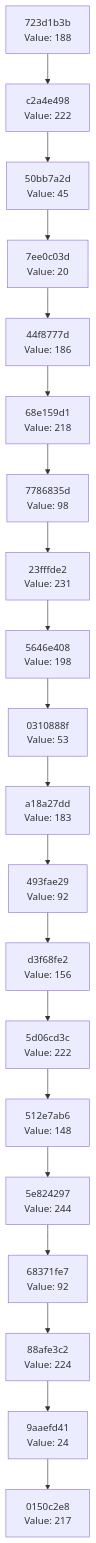
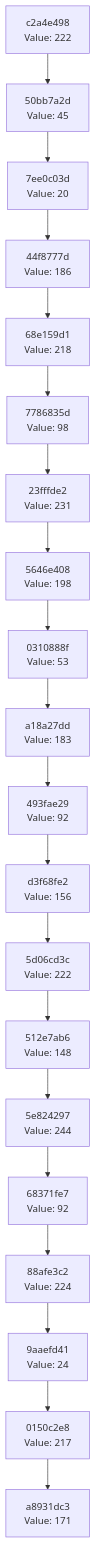
One commit to Abhisheksinha1506/hash-chain-evolver changed the diagram in docs/CHAIN_VISUALIZATION.md. Above: the diagram before and after it, drawn with Mermaid. The commit also changed 2 other files, not shown here.

Commit message:
Evolution Step

````diff
--- a/docs/CHAIN_VISUALIZATION.md
+++ b/docs/CHAIN_VISUALIZATION.md
@@ -3,42 +3,42 @@
 ```mermaid
 graph TD
-    C0["0150c2e8<br/>Value: 217"]
-    C1["9aaefd41<br/>Value: 24"]
+    C0["a8931dc3<br/>Value: 171"]
+    C1["0150c2e8<br/>Value: 217"]
     C1 --> C0
-    C2["88afe3c2<br/>Value: 224"]
+    C2["9aaefd41<br/>Value: 24"]
     C2 --> C1
-    C3["68371fe7<br/>Value: 92"]
+    C3["88afe3c2<br/>Value: 224"]
     C3 --> C2
-    C4["5e824297<br/>Value: 244"]
+    C4["68371fe7<br/>Value: 92"]
     C4 --> C3
-    C5["512e7ab6<br/>Value: 148"]
+    C5["5e824297<br/>Value: 244"]
     C5 --> C4
-    C6["5d06cd3c<br/>Value: 222"]
+    C6["512e7ab6<br/>Value: 148"]
     C6 --> C5
-    C7["d3f68fe2<br/>Value: 156"]
+    C7["5d06cd3c<br/>Value: 222"]
     C7 --> C6
-    C8["493fae29<br/>Value: 92"]
+    C8["d3f68fe2<br/>Value: 156"]
     C8 --> C7
-    C9["a18a27dd<br/>Value: 183"]
+    C9["493fae29<br/>Value: 92"]
     C9 --> C8
-    C10["0310888f<br/>Value: 53"]
+    C10["a18a27dd<br/>Value: 183"]
     C10 --> C9
-    C11["5646e408<br/>Value: 198"]
+    C11["0310888f<br/>Value: 53"]
     C11 --> C10
-    C12["23fffde2<br/>Value: 231"]
+    C12["5646e408<br/>Value: 198"]
     C12 --> C11
-    C13["7786835d<br/>Value: 98"]
+    C13["23fffde2<br/>Value: 231"]
     C13 --> C12
-    C14["68e159d1<br/>Value: 218"]
+    C14["7786835d<br/>Value: 98"]
     C14 --> C13
-    C15["44f8777d<br/>Value: 186"]
+    C15["68e159d1<br/>Value: 218"]
     C15 --> C14
-    C16["7ee0c03d<br/>Value: 20"]
+    C16["44f8777d<br/>Value: 186"]
     C16 --> C15
-    C17["50bb7a2d<br/>Value: 45"]
+    C17["7ee0c03d<br/>Value: 20"]
     C17 --> C16
-    C18["c2a4e498<br/>Value: 222"]
+    C18["50bb7a2d<br/>Value: 45"]
     C18 --> C17
-    C19["723d1b3b<br/>Value: 188"]
+    C19["c2a4e498<br/>Value: 222"]
     C19 --> C18
 ```
````
